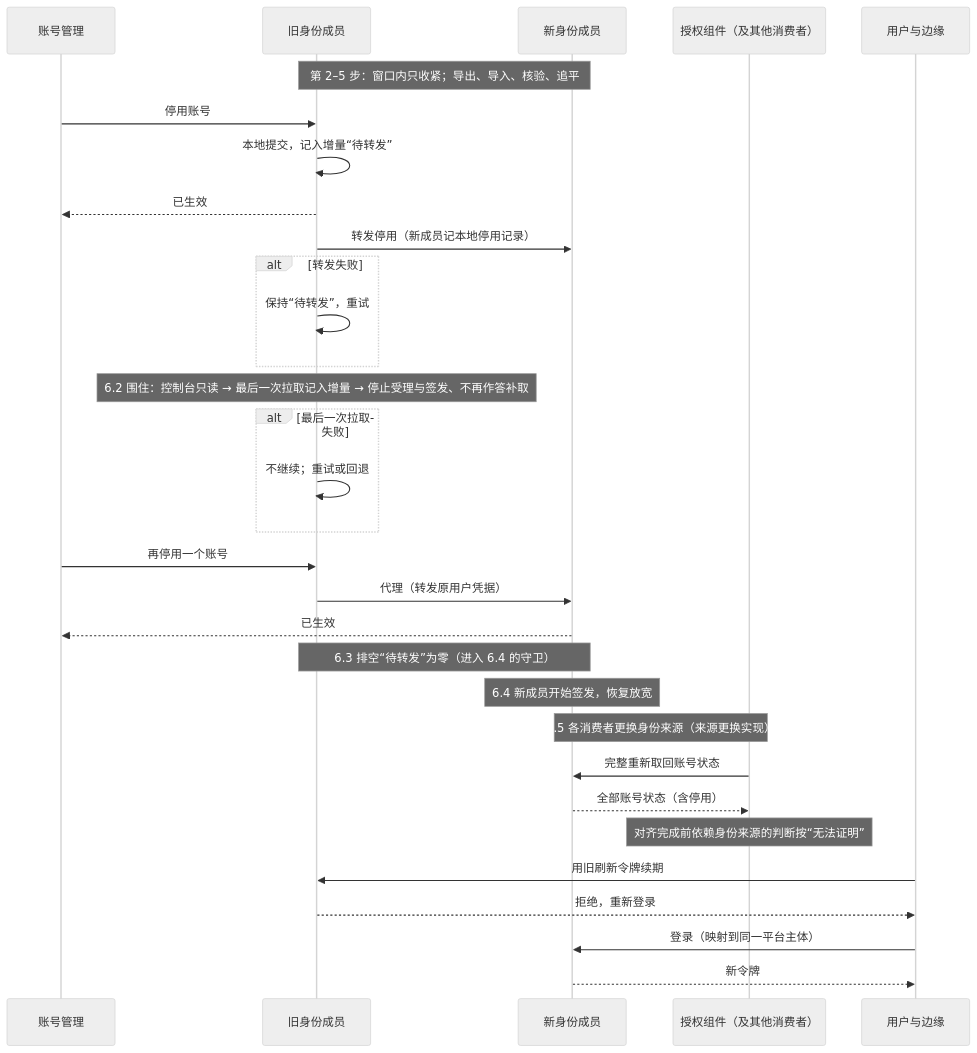
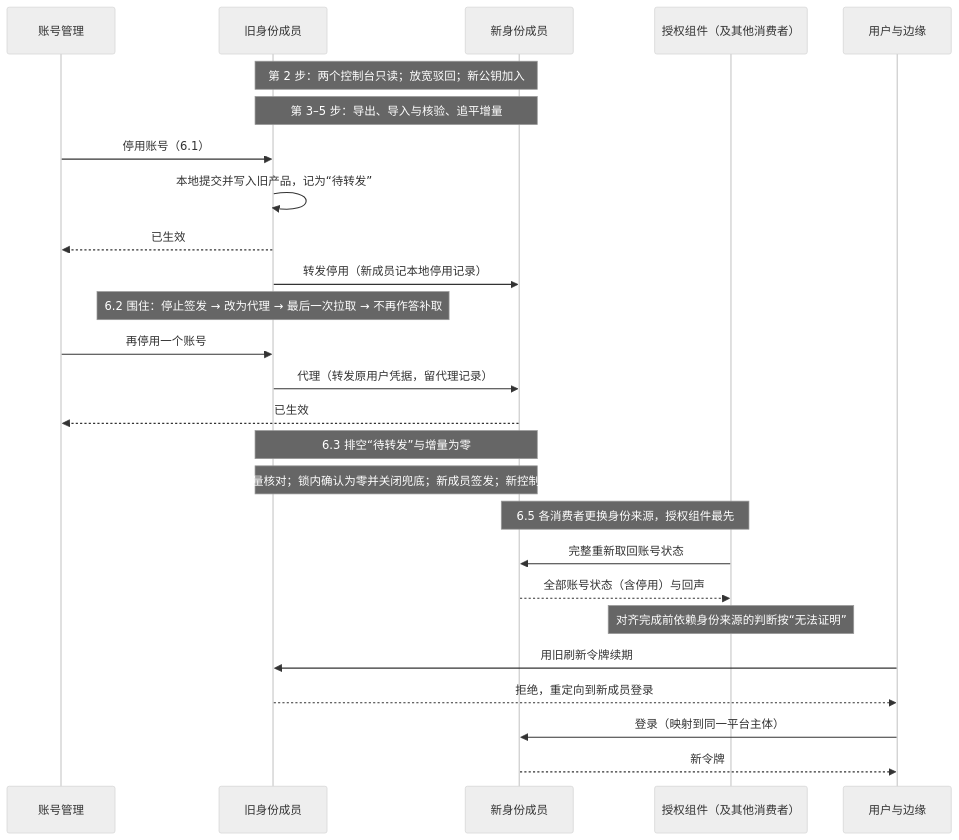
Before and after one commit to brickKit/be-assembly-standard: the first of 2 diagrams in tempDocs/final/06-protocols/security/11-identity-member-switching.md, drawn with Mermaid (neutral theme). The commit also changed other lines of this file and 3 other files, not shown here.

````diff
--- a/tempDocs/final/06-protocols/security/11-identity-member-switching.md
+++ b/tempDocs/final/06-protocols/security/11-identity-member-switching.md
@@ -64,33 +126,28 @@
 ```mermaid
 sequenceDiagram
     participant Op as 账号管理
     participant Old as 旧身份成员
     participant New as 新身份成员
     participant Z as 授权组件（及其他消费者）
     participant U as 用户与边缘
-    Note over Old,New: 第 2–5 步：窗口内只收紧；导出、导入、核验、追平
-    Op->>Old: 停用账号
-    Old->>Old: 本地提交，记入增量“待转发”
+    Note over Old,New: 第 2 步：两个控制台只读；放宽驳回；新公钥加入
+    Note over Old,New: 第 3–5 步：导出、导入与核验、追平增量
+    Op->>Old: 停用账号（6.1）
+    Old->>Old: 本地提交并写入旧产品，记为“待转发”
     Old-->>Op: 已生效
     Old->>New: 转发停用（新成员记本地停用记录）
-    alt 转发失败
-        Old->>Old: 保持“待转发”，重试
-    end
-    Note over Old: 6.2 围住：控制台只读 → 最后一次拉取记入增量 → 停止受理与签发、不再作答补取
-    alt 最后一次拉取失败
-        Old->>Old: 不继续；重试或回退
-    end
+    Note over Old: 6.2 围住：停止签发 → 改为代理 → 最后一次拉取 → 不再作答补取
     Op->>Old: 再停用一个账号
-    Old->>New: 代理（转发原用户凭据）
+    Old->>New: 代理（转发原用户凭据，留代理记录）
     New-->>Op: 已生效
-    Note over Old,New: 6.3 排空“待转发”为零（进入 6.4 的守卫）
-    Note over New: 6.4 新成员开始签发，恢复放宽
-    Note over Z,New: 6.5 各消费者更换身份来源（来源更换实现）
+    Note over Old,New: 6.3 排空“待转发”与增量为零
+    Note over Old,New: 6.4 全量核对；锁内确认为零并关闭兜底；新成员签发；新控制台解锁
+    Note over Z,New: 6.5 各消费者更换身份来源，授权组件最先
     Z->>New: 完整重新取回账号状态
-    New-->>Z: 全部账号状态（含停用）
+    New-->>Z: 全部账号状态（含停用）与回声
     Note over Z: 对齐完成前依赖身份来源的判断按“无法证明”
     U->>Old: 用旧刷新令牌续期
-    Old-->>U: 拒绝，重新登录
+    Old-->>U: 拒绝，重定向到新成员登录
     U->>New: 登录（映射到同一平台主体）
     New-->>U: 新令牌
 ```
````
